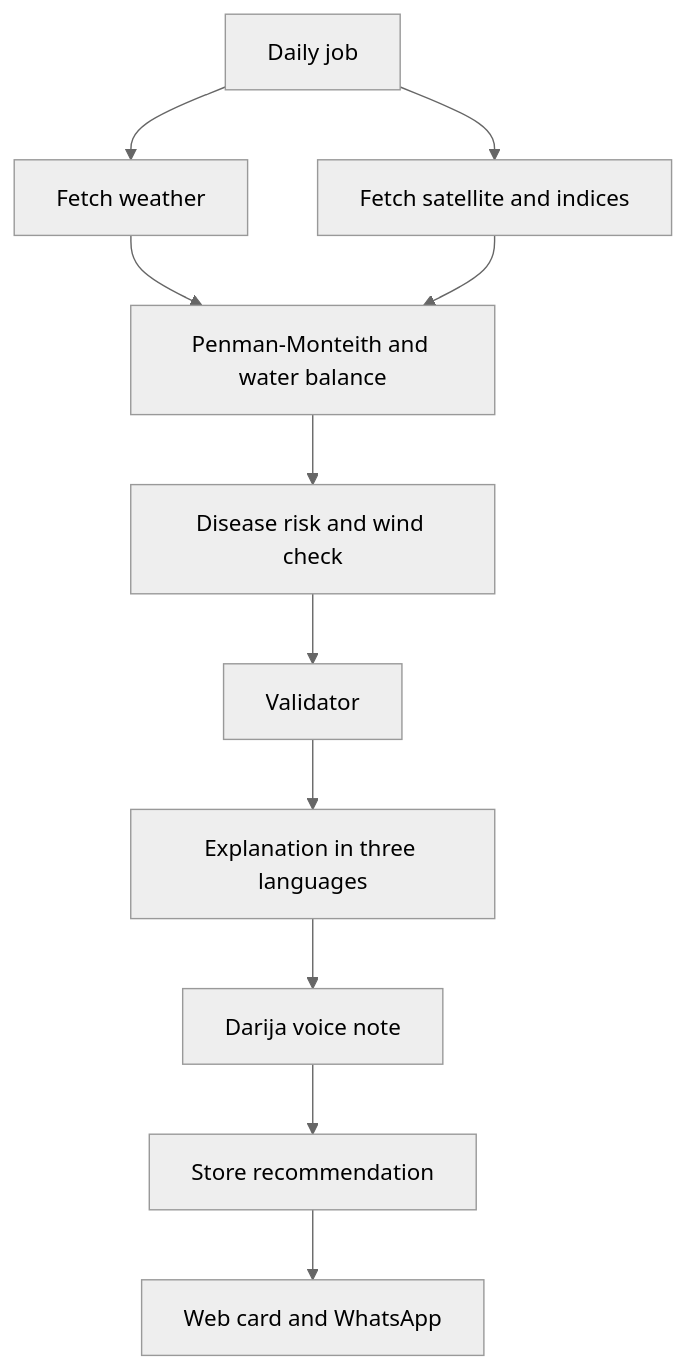
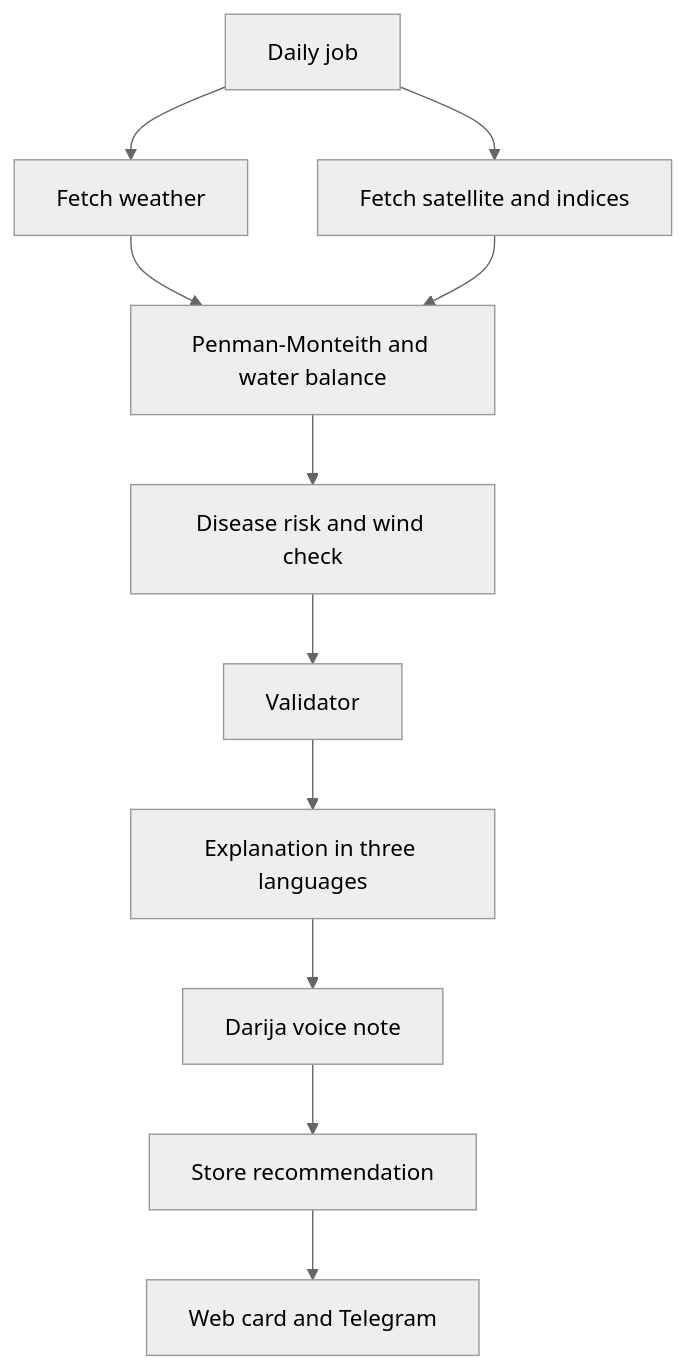
One commit to AmineElAtrache/Qatra changed the third of 4 diagrams in README.md. Above: the diagram before and after it, drawn with Mermaid (neutral theme). The commit also changed other lines of this file and 84 other files, not shown here.

````diff
--- a/README.md
+++ b/README.md
@@ -124,16 +126,16 @@
 ```mermaid
 flowchart TD
   cron[Daily job]
   wx[Fetch weather]
   sat[Fetch satellite and indices]
   et[Penman-Monteith and water balance]
   spray[Disease risk and wind check]
   valid[Validator]
   text[Explanation in three languages]
   voice[Darija voice note]
   save[Store recommendation]
-  push[Web card and WhatsApp]
+  push[Web card and Telegram]
   cron --> wx --> et
   cron --> sat --> et
   et --> spray --> valid --> text --> voice --> save --> push
 ```
````
